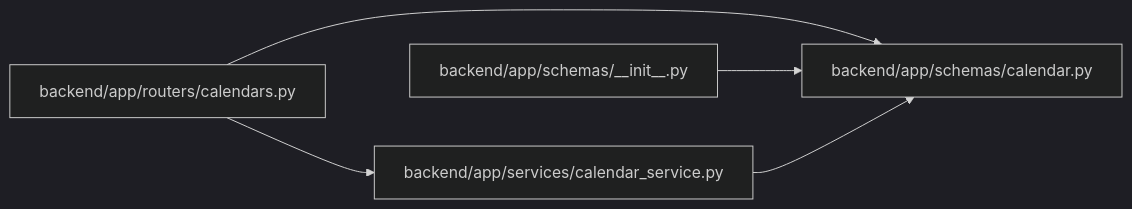
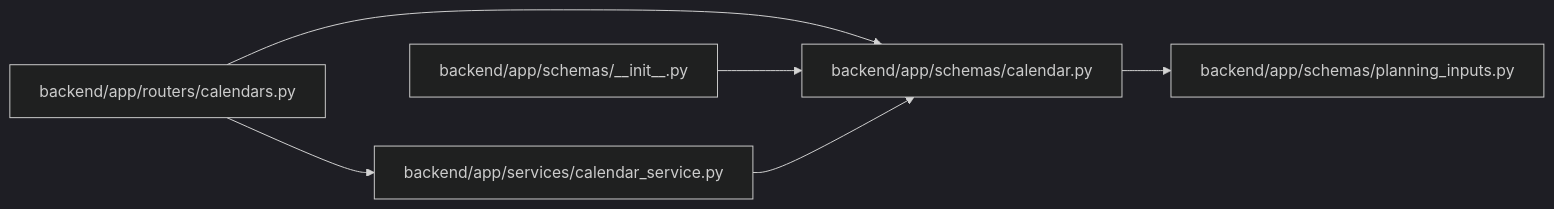
The diagram in docs/llm_wiki/modules/schemas_calendar.md (Denissvgn/WorkChord), drawn with Mermaid (dark theme) before and after one commit. The commit also changed other lines of this file and 958 other files, not shown here.

First line of the commit message:
docs(wiki): refresh identity and recovery architecture

````diff
--- a/docs/llm_wiki/modules/schemas_calendar.md
+++ b/docs/llm_wiki/modules/schemas_calendar.md
@@ -20,15 +21,18 @@
 ```mermaid
 flowchart LR
     n0["backend/app/routers/calendars.py"]
     n1["backend/app/schemas/__init__.py"]
     n2["backend/app/schemas/calendar.py"]
-    n3["backend/app/services/calendar_service.py"]
+    n3["backend/app/schemas/planning_inputs.py"]
+    n4["backend/app/services/calendar_service.py"]
     n0 --> n2
-    n0 --> n3
+    n0 --> n4
     n1 --> n2
-    n3 --> n2
+    n2 --> n3
+    n4 --> n2
     click n0 "../modules/calendars.md"
     click n1 "../modules/schemas___init__.md"
     click n2 "../modules/schemas_calendar.md"
-    click n3 "../modules/calendar_service.md"
+    click n3 "../modules/planning_inputs.md"
+    click n4 "../modules/calendar_service.md"
 ```
````
